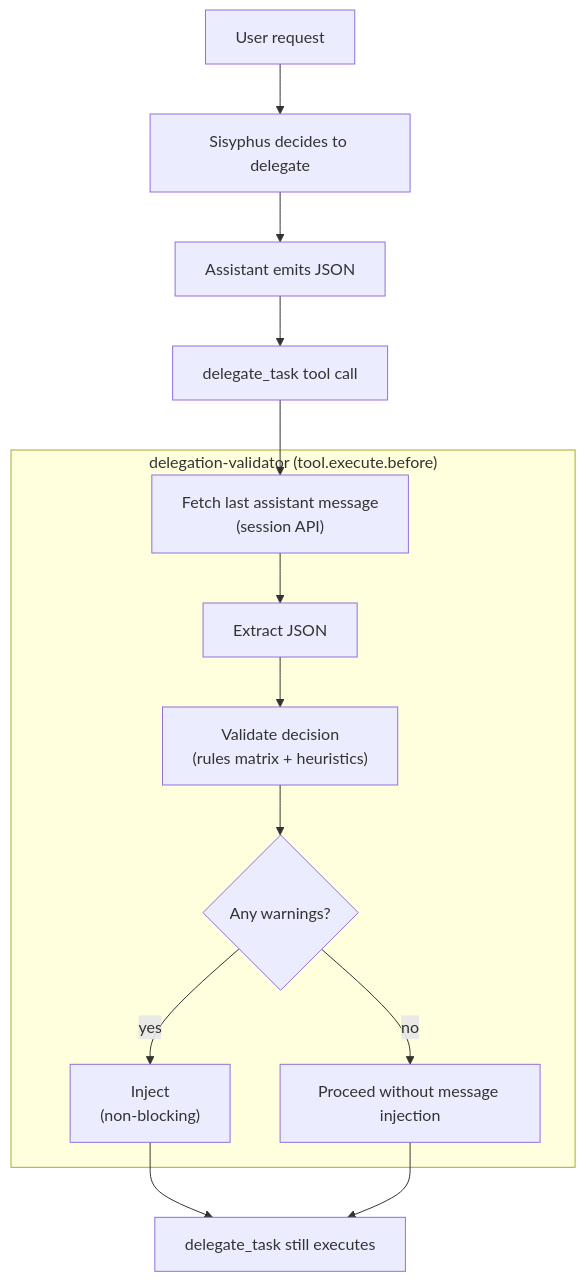
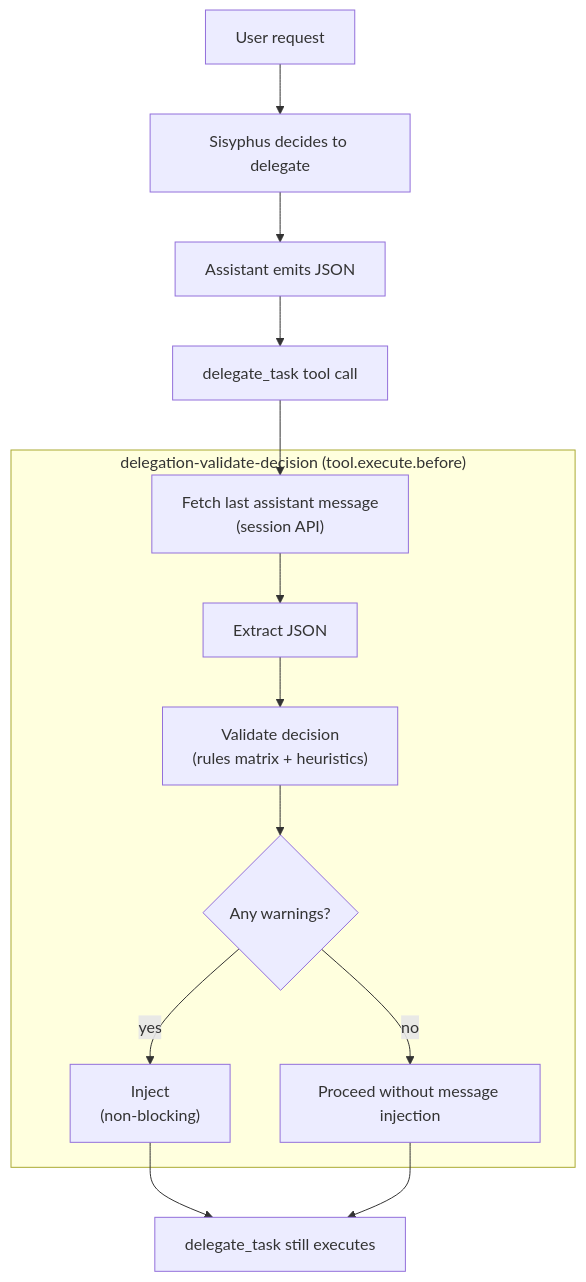
Before and after one commit to arcthur/oh-my-opencode: the diagram in docs/journeys/delegation-safety.md, drawn with Mermaid. The commit also changed other lines of this file and 46 other files, not shown here.

````diff
--- a/docs/journeys/delegation-safety.md
+++ b/docs/journeys/delegation-safety.md
@@ -10,22 +10,22 @@
 ```mermaid
 flowchart TD
   U["User request"] --> S["Sisyphus decides to delegate"]
   S --> D["Assistant emits <delegation-decision> JSON"]
   D --> T["delegate_task tool call"]
 
-  subgraph H["delegation-validator (tool.execute.before)"]
+  subgraph H["delegation-validate-decision (tool.execute.before)"]
     M["Fetch last assistant message\n(session API)"]
     E["Extract <delegation-decision> JSON"]
     V["Validate decision\n(rules matrix + heuristics)"]
     W{"Any warnings?"}
     R["Inject <system-reminder>\n(non-blocking)"]
     OK["Proceed without message injection"]
     M --> E --> V --> W
     W -- yes --> R
     W -- no --> OK
   end
 
   T --> M
   R --> P["delegate_task still executes"]
   OK --> P
 ```
````
